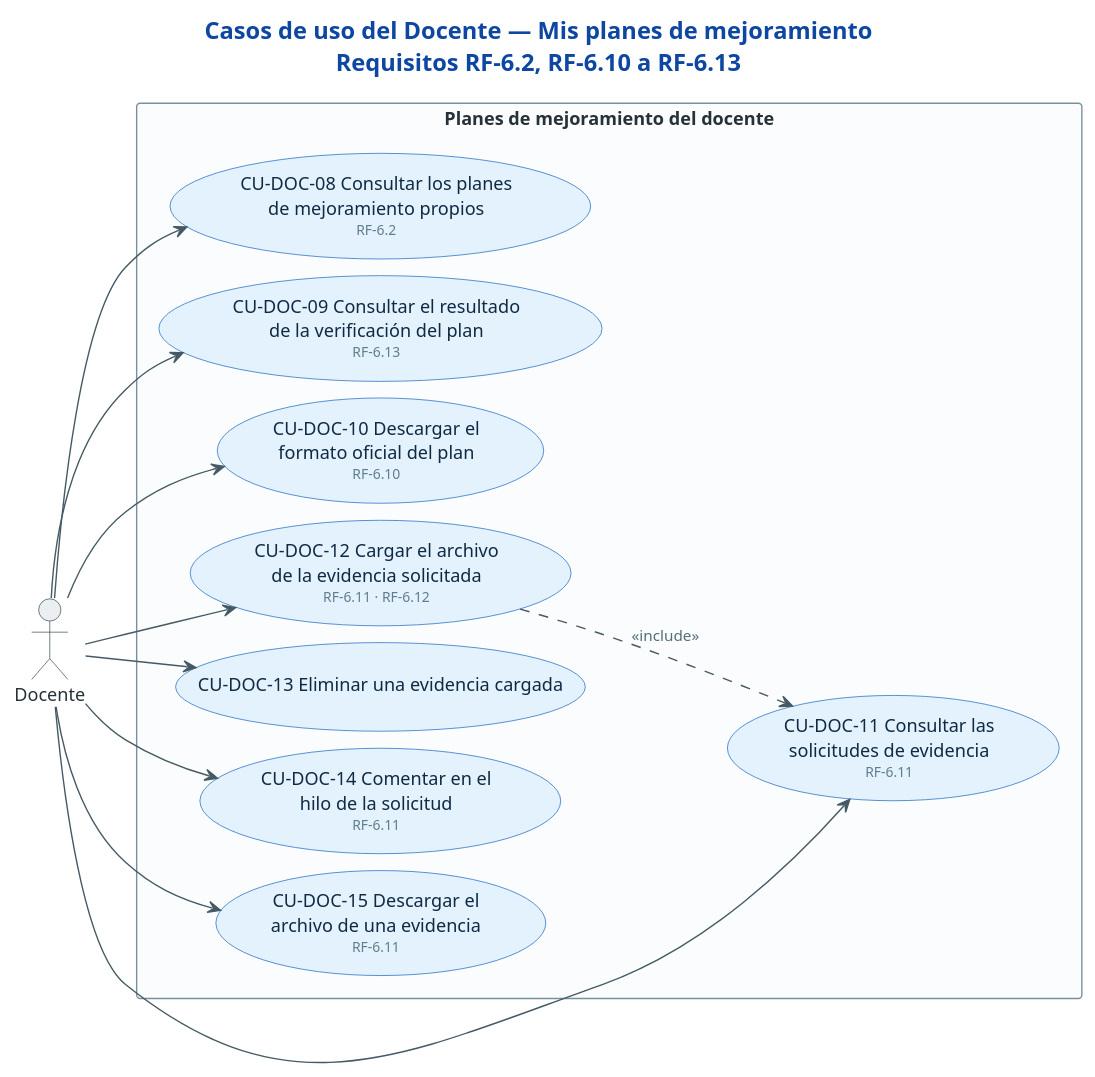
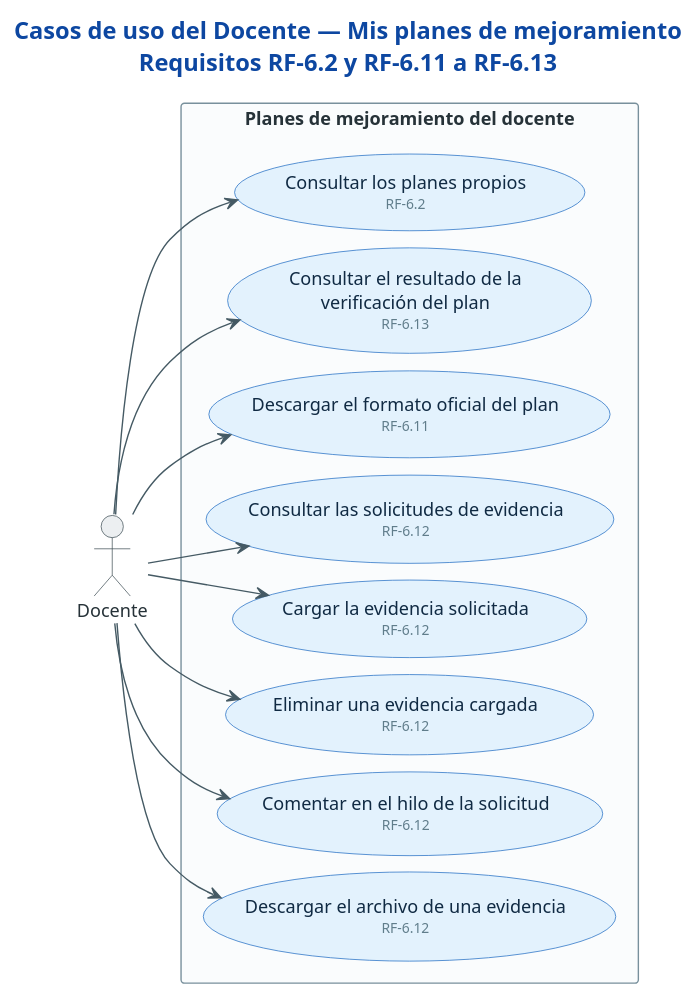
Before and after one commit to sistema-evaluacion-docente/api.evd: the diagram in docs/casos-de-uso/15-docente-mis-planes.puml, drawn with PlantUML. The commit also changed 20 other files, not shown here.

First line of the commit message:
style: change use case diagrams for clarity and consistency

```diff
--- a/docs/casos-de-uso/15-docente-mis-planes.puml
+++ b/docs/casos-de-uso/15-docente-mis-planes.puml
@@ -1,65 +1,60 @@
-@startuml cu-41-docente-mis-planes
+@startuml cu-15-docente-mis-planes
 ' =============================================================================
 ' Sistema de Evaluación Docente (SET) — UFPS
 ' Fuente: Tabla 36 (actores) y Tabla 37 (requisitos funcionales) del documento de
 '         tesis, con la implementación de DistilUmbert-back y DistilUmbert-front.
-' Especificación de cada caso de uso: docs/casos-de-uso/README.md
 ' =============================================================================
-title Casos de uso del Docente — Mis planes de mejoramiento\nRequisitos RF-6.2, RF-6.10 a RF-6.13
+title Casos de uso del Docente — Mis planes de mejoramiento\nRequisitos RF-6.2 y RF-6.11 a RF-6.13
 
 left to right direction
 
 skinparam backgroundColor #FFFFFF
 skinparam shadowing false
 skinparam defaultFontSize 13
 skinparam TitleFontSize 17
 skinparam TitleFontColor #0D47A1
 skinparam ArrowColor #455A64
 skinparam ArrowFontColor #546E7A
 skinparam ArrowFontSize 11
 skinparam nodesep 12
 skinparam ranksep 40
-' Descomenta la línea siguiente para aristas ortogonales (requiere Graphviz).
-' skinparam linetype ortho
 skinparam actor {
   BackgroundColor #ECEFF1
   BorderColor #37474F
   FontColor #263238
 }
 skinparam usecase {
   BackgroundColor #E3F2FD
   BorderColor #1565C0
   FontColor #102A43
 }
 skinparam rectangle {
   BackgroundColor #FAFCFD
   BorderColor #78909C
   FontColor #263238
   FontStyle bold
 }
 
 actor "Docente" as DOC
 
 rectangle "Planes de mejoramiento del docente" {
-  usecase "CU-DOC-08 Consultar los planes\nde mejoramiento propios\n<size:10><color:#607D8B>RF-6.2</color></size>" as C8
-  usecase "CU-DOC-09 Consultar el resultado\nde la verificación del plan\n<size:10><color:#607D8B>RF-6.13</color></size>" as C9
-  usecase "CU-DOC-10 Descargar el\nformato oficial del plan\n<size:10><color:#607D8B>RF-6.10</color></size>" as C10
-  usecase "CU-DOC-11 Consultar las\nsolicitudes de evidencia\n<size:10><color:#607D8B>RF-6.11</color></size>" as C11
-  usecase "CU-DOC-12 Cargar el archivo\nde la evidencia solicitada\n<size:10><color:#607D8B>RF-6.11 · RF-6.12</color></size>" as C12
-  usecase "CU-DOC-13 Eliminar una evidencia cargada" as C13
-  usecase "CU-DOC-14 Comentar en el\nhilo de la solicitud\n<size:10><color:#607D8B>RF-6.11</color></size>" as C14
-  usecase "CU-DOC-15 Descargar el\narchivo de una evidencia\n<size:10><color:#607D8B>RF-6.11</color></size>" as C15
+  usecase "Consultar los planes propios\n<size:10><color:#607D8B>RF-6.2</color></size>" as C8
+  usecase "Consultar el resultado de la\nverificación del plan\n<size:10><color:#607D8B>RF-6.13</color></size>" as C9
+  usecase "Descargar el formato oficial del plan\n<size:10><color:#607D8B>RF-6.11</color></size>" as C10
+  usecase "Consultar las solicitudes de evidencia\n<size:10><color:#607D8B>RF-6.12</color></size>" as C11
+  usecase "Cargar la evidencia solicitada\n<size:10><color:#607D8B>RF-6.12</color></size>" as C12
+  usecase "Eliminar una evidencia cargada\n<size:10><color:#607D8B>RF-6.12</color></size>" as C13
+  usecase "Comentar en el hilo de la solicitud\n<size:10><color:#607D8B>RF-6.12</color></size>" as C14
+  usecase "Descargar el archivo de una evidencia\n<size:10><color:#607D8B>RF-6.12</color></size>" as C15
 }
 
 DOC --> C8
 DOC --> C9
 DOC --> C10
 DOC --> C11
 DOC --> C12
 DOC --> C13
 DOC --> C14
 DOC --> C15
 
-C12 ..> C11 : <<include>>
-
 @enduml
```
